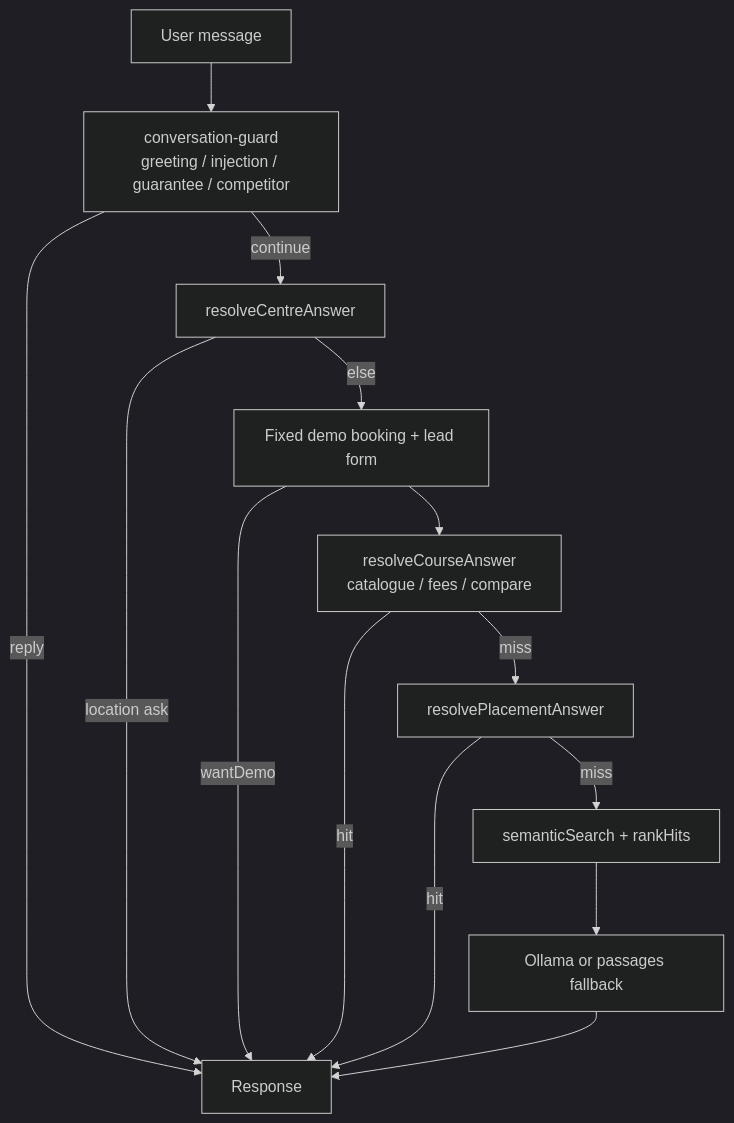
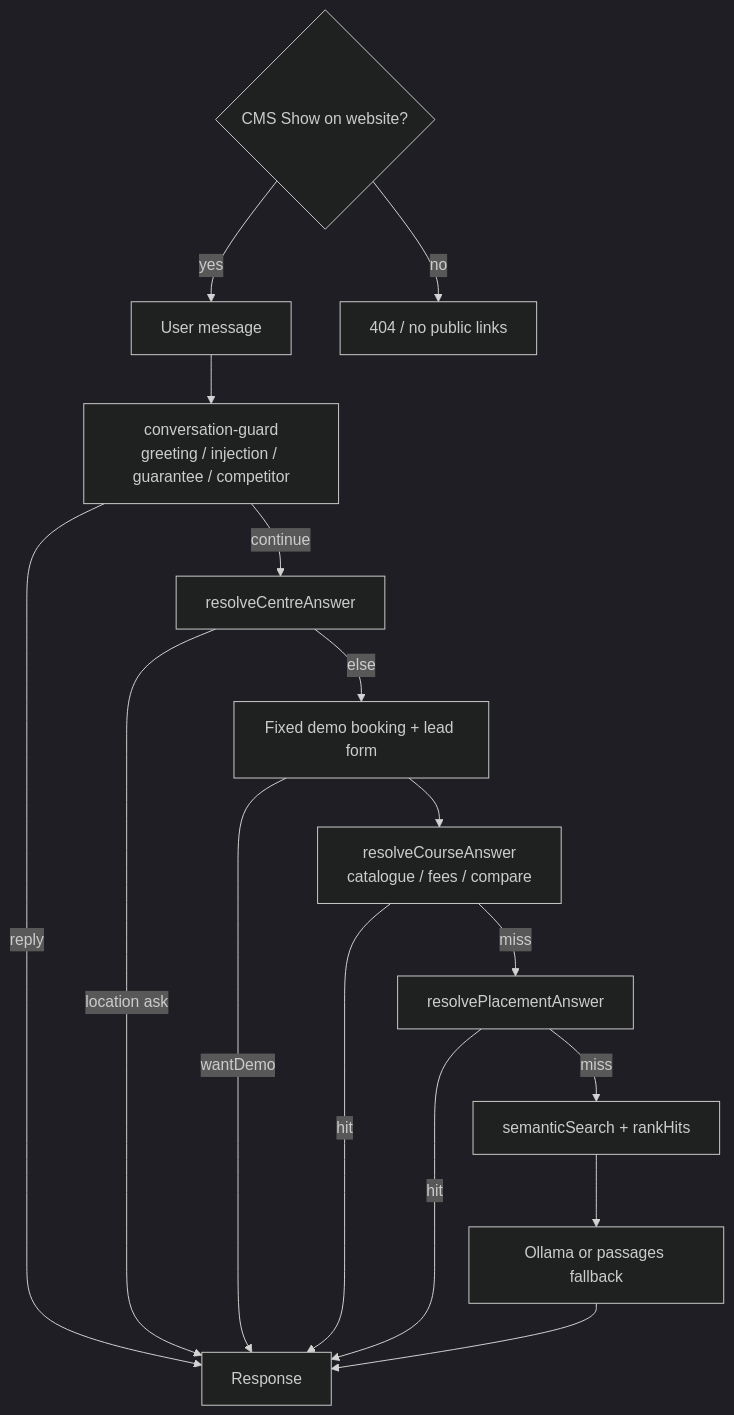
Before and after one commit to fe-techTeam/jetking-website-new: the fifth of 7 diagrams in docs/ARCHITECTURE.md, drawn with Mermaid (dark theme). The commit also changed other lines of this file and 116 other files, not shown here.

````diff
--- a/docs/ARCHITECTURE.md
+++ b/docs/ARCHITECTURE.md
@@ -152,24 +154,27 @@
 ```mermaid
 flowchart TB
+  Gate{CMS Show on website?}
   Q[User message]
   G[conversation-guard<br/>greeting / injection / guarantee / competitor]
   Loc[resolveCentreAnswer]
   Demo[Fixed demo booking + lead form]
   Course[resolveCourseAnswer<br/>catalogue / fees / compare]
   Place[resolvePlacementAnswer]
   Search[semanticSearch + rankHits]
   LLM[Ollama or passages fallback]
 
+  Gate -->|no| Off[404 / no public links]
+  Gate -->|yes| Q
   Q --> G
   G -->|reply| Out[Response]
   G -->|continue| Loc
   Loc -->|location ask| Out
   Loc -->|else| Demo
   Demo -->|wantDemo| Out
   Demo --> Course
   Course -->|hit| Out
   Course -->|miss| Place
   Place -->|hit| Out
   Place -->|miss| Search
   Search --> LLM --> Out
 ```
````
